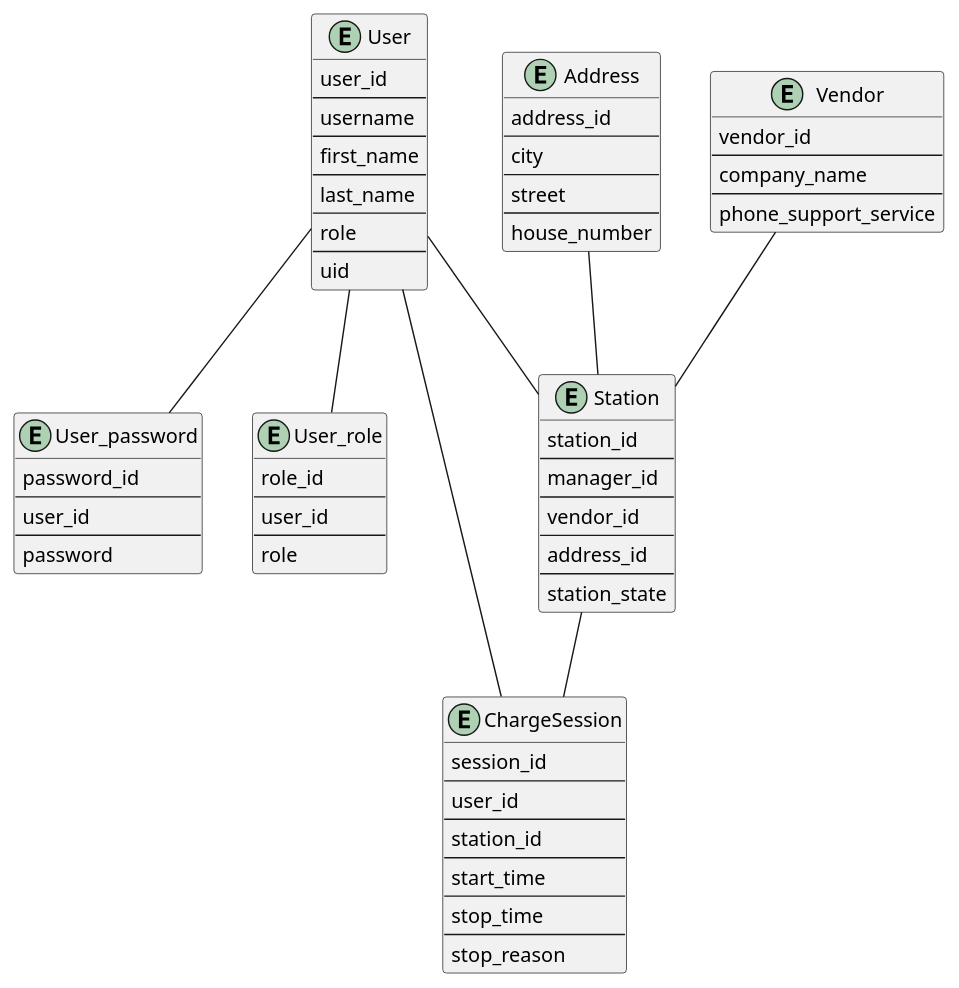
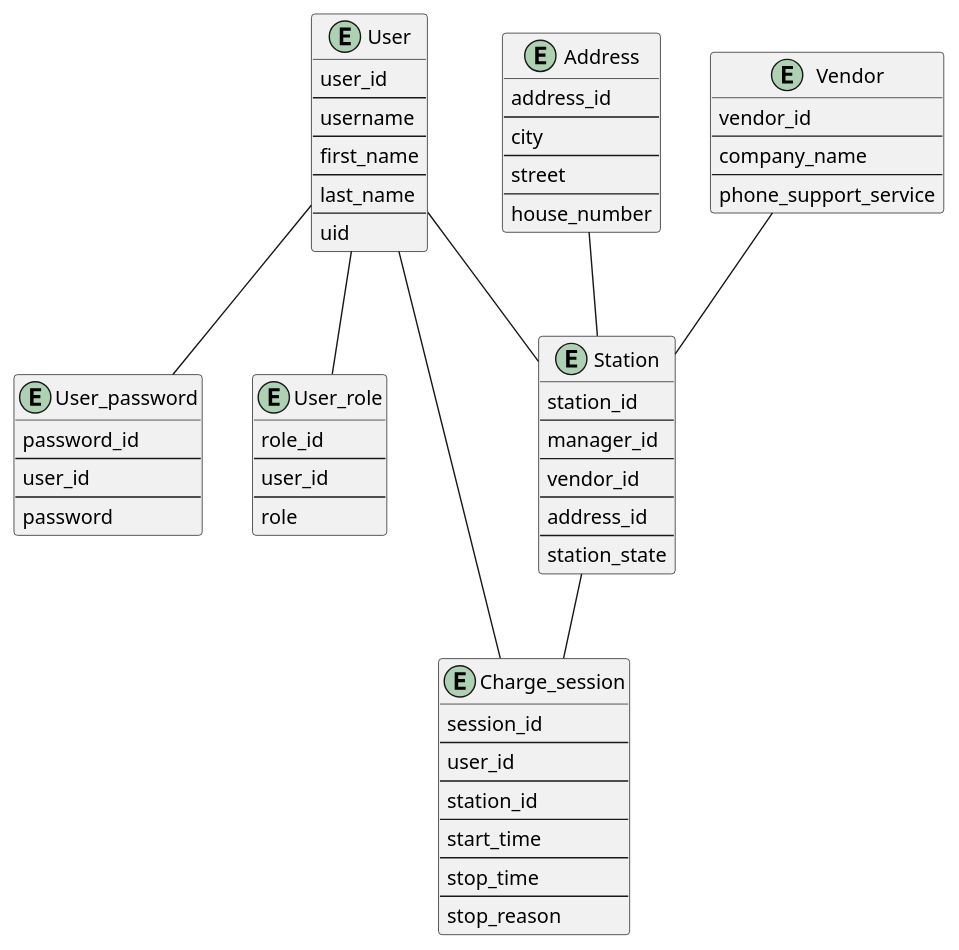
Before and after one commit to NikushinIvan/ChargingNetwork: the diagram in diagrams/DataBase.puml, drawn with PlantUML. The commit also changed 1 other file, not shown here.

```diff
--- a/diagrams/DataBase.puml
+++ b/diagrams/DataBase.puml
@@ -1,86 +1,84 @@
 @startuml
 'https://plantuml.com/sequence-diagram
 
 entity User {
     user_id
     --
     username
     --
     first_name
     --
     last_name
-    --
-    role
     --
     uid
 }
 
 entity User_password {
     password_id
     --
     user_id
     --
     password
 }
 
 entity User_role {
     role_id
     --
     user_id
     --
     role
 }
 
 entity Address {
     address_id
     --
     city
     --
     street
     --
     house_number
 }
 
 entity Vendor {
     vendor_id
     --
     company_name
     --
     phone_support_service
 }
 
 entity Station {
    station_id
    --
    manager_id
    --
    vendor_id
    --
    address_id
    --
    station_state
 }
 
-entity ChargeSession {
+entity Charge_session {
     session_id
     --
     user_id
     --
     station_id
     --
     start_time
     --
     stop_time
     --
     stop_reason
 }
 
 User -- Station
 User -- User_password
 User -- User_role
-User -- ChargeSession
+User -- Charge_session
 Address -- Station
 Vendor -- Station
-Station -- ChargeSession
+Station -- Charge_session
 
 @enduml
```
